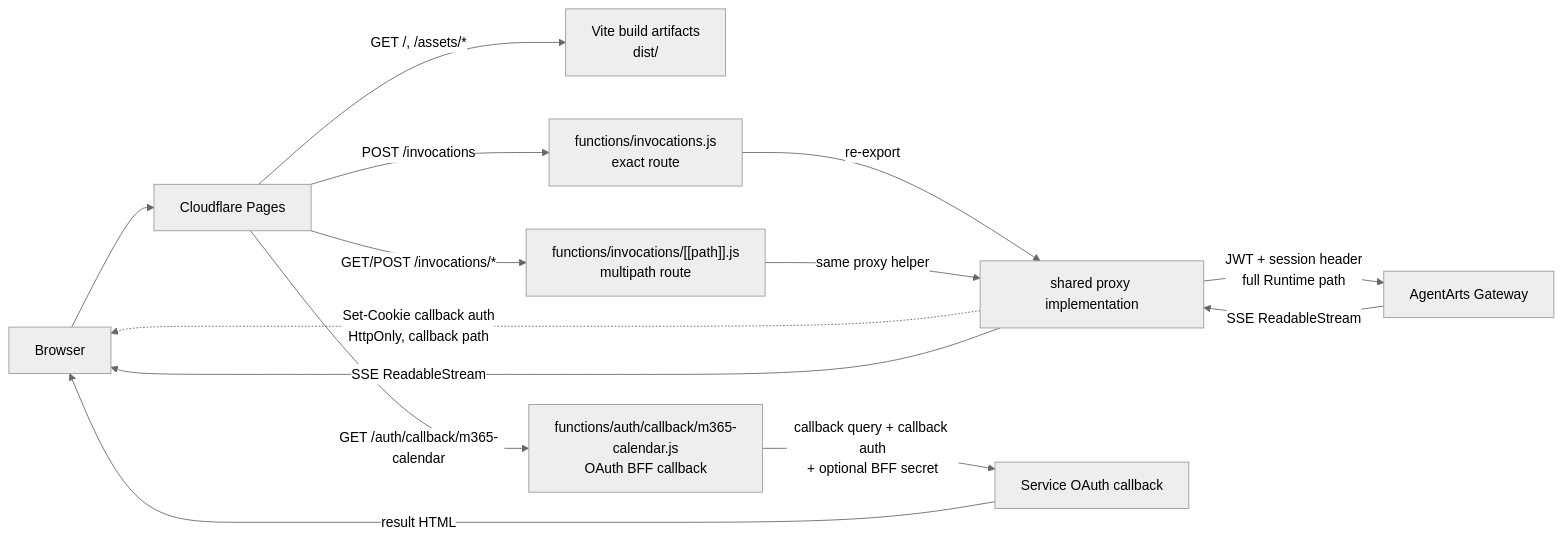
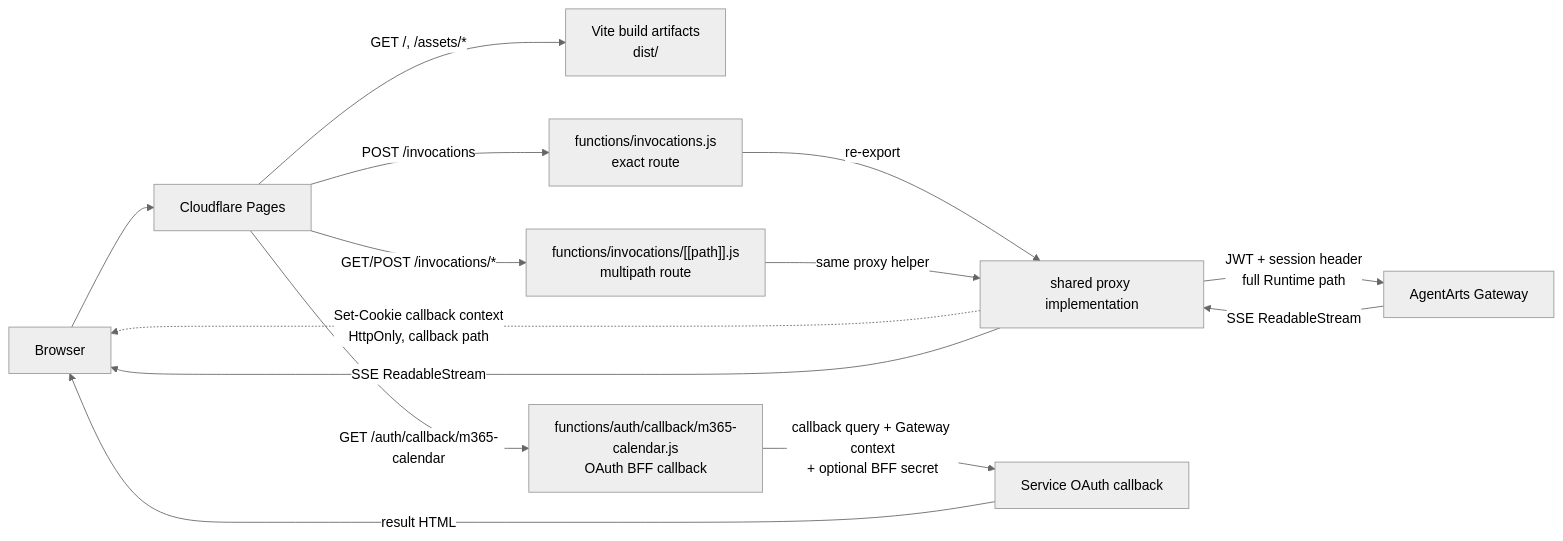
The first of 2 diagrams in personal-assistant-meta/architecture/cloud-service/cloudflare/pages.md (T-1009/personal-assistant), drawn with Mermaid (neutral theme) before and after one commit. The commit also changed other lines of this file and 5 other files, not shown here.

Commit message:
Bridge callback gateway context headers

````diff
--- a/personal-assistant-meta/architecture/cloud-service/cloudflare/pages.md
+++ b/personal-assistant-meta/architecture/cloud-service/cloudflare/pages.md
@@ -10,18 +10,18 @@
 ```mermaid
 flowchart LR
     Browser["Browser"] --> Pages["Cloudflare Pages"]
 
     Pages -->|"GET /, /assets/*"| Assets["Vite build artifacts<br/>dist/"]
     Pages -->|"POST /invocations"| ExactFn["functions/invocations.js<br/>exact route"]
     Pages -->|"GET/POST /invocations/*"| DeepFn["functions/invocations/[[path]].js<br/>multipath route"]
     Pages -->|"GET /auth/callback/m365-calendar"| CallbackFn["functions/auth/callback/m365-calendar.js<br/>OAuth BFF callback"]
 
     ExactFn -->|"re-export"| Proxy["shared proxy implementation"]
     DeepFn -->|"same proxy helper"| Proxy
     Proxy -->|"JWT + session header<br/>full Runtime path"| Gateway["AgentArts Gateway"]
-    Proxy -.->|"Set-Cookie callback auth<br/>HttpOnly, callback path"| Browser
-    CallbackFn -->|"callback query + callback auth<br/>+ optional BFF secret"| OAuthCallback["Service OAuth callback"]
+    Proxy -.->|"Set-Cookie callback context<br/>HttpOnly, callback path"| Browser
+    CallbackFn -->|"callback query + Gateway context<br/>+ optional BFF secret"| OAuthCallback["Service OAuth callback"]
     Gateway -->|"SSE ReadableStream"| Proxy
     Proxy -->|"SSE ReadableStream"| Browser
     OAuthCallback -->|"result HTML"| Browser
 ```
````
